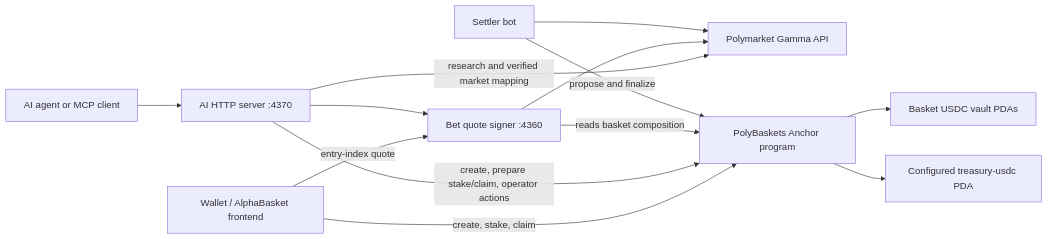
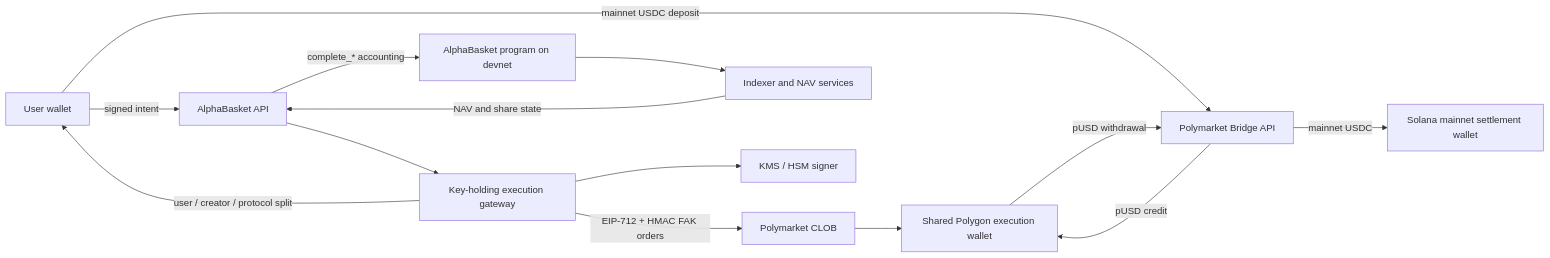
Before and after one commit to ScalperSolana/AlphaBasket: the diagram in README.md, drawn with Mermaid. The commit also changed other lines of this file, not shown here.

Commit message:
docs: update root readme for hybrid v2 architecture

````diff
--- a/README.md
+++ b/README.md
@@ -19,25 +19,27 @@
 ```mermaid
 flowchart LR
-    Wallet["Wallet / AlphaBasket frontend"]
-    Agent["AI agent or MCP client"]
-    Quote["Bet quote signer :4360"]
-    AI["AI HTTP server :4370"]
-    Gamma["Polymarket Gamma API"]
-    Settler["Settler bot"]
-    Program["PolyBaskets Anchor program"]
-    Vaults["Basket USDC vault PDAs"]
-    Treasury["Configured treasury-usdc PDA"]
+    User["User wallet"]
+    API["AlphaBasket API"]
+    Bridge["Polymarket Bridge API"]
+    CLOB["Polymarket CLOB"]
+    Polygon["Shared Polygon execution wallet"]
+    Settlement["Solana mainnet settlement wallet"]
+    Program["AlphaBasket program on devnet"]
+    Indexer["Indexer and NAV services"]
+    Gateway["Key-holding execution gateway"]
+    Signer["KMS / HSM signer"]
 
-    Wallet -->|"create, stake, claim"| Program
-    Wallet -->|"entry-index quote"| Quote
-    Agent --> AI
-    AI -->|"research and verified market mapping"| Gamma
-    AI -->|"create, prepare stake/claim, operator actions"| Program
-    AI --> Quote
-    Quote --> Gamma
-    Quote -->|"reads basket composition"| Program
-    Settler --> Gamma
-    Settler -->|"propose and finalize"| Program
-    Program --> Vaults
-    Program --> Treasury
+    User -->|"signed intent"| API
+    User -->|"mainnet USDC deposit"| Bridge
+    Bridge -->|"pUSD credit"| Polygon
+    API --> Gateway
+    Gateway --> Signer
+    Gateway -->|"EIP-712 + HMAC FAK orders"| CLOB
+    CLOB --> Polygon
+    Polygon -->|"pUSD withdrawal"| Bridge
+    Bridge -->|"mainnet USDC"| Settlement
+    Gateway -->|"user / creator / protocol split"| User
+    API -->|"complete_* accounting"| Program
+    Program --> Indexer
+    Indexer -->|"NAV and share state"| API
 ```
````
